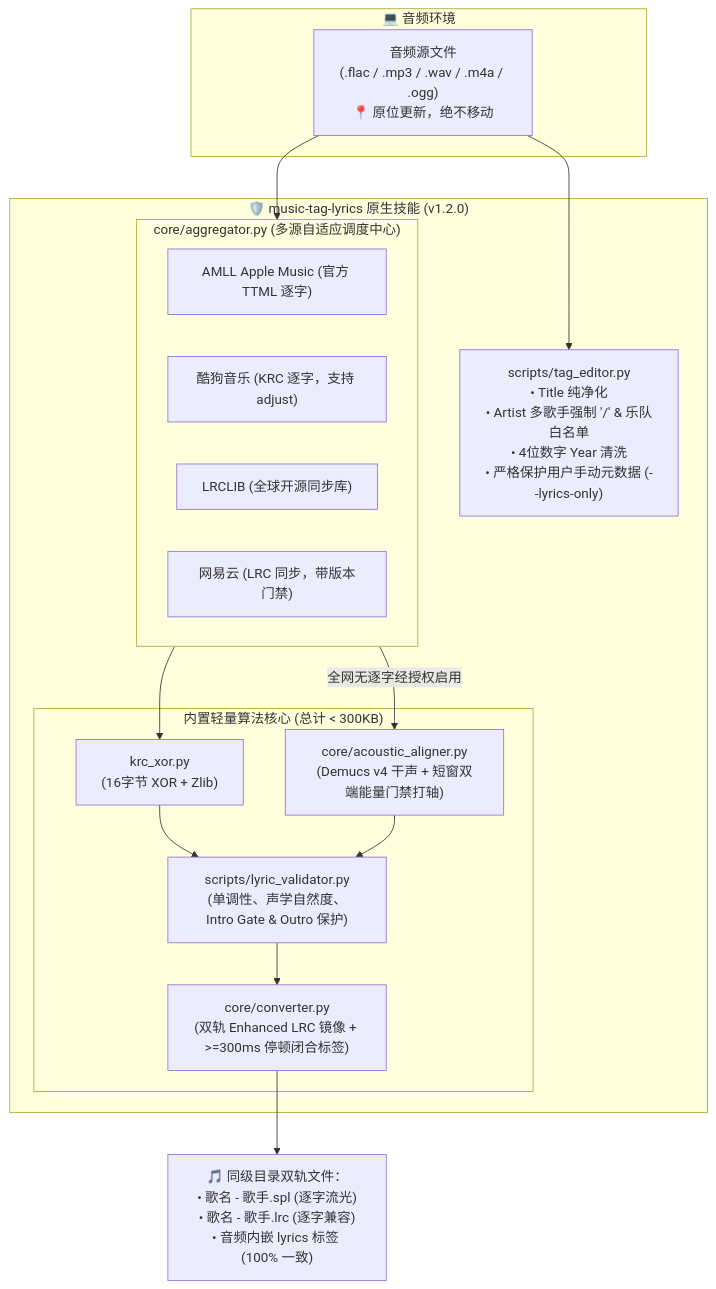
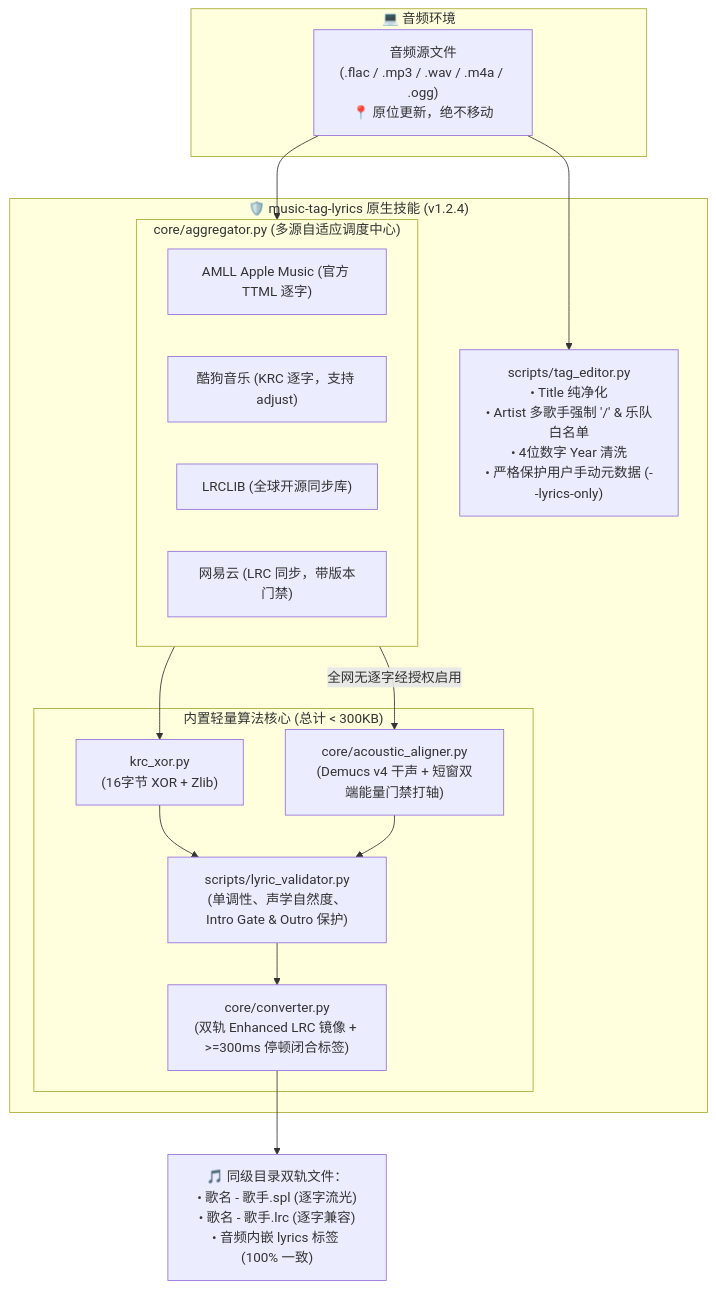
One commit to sxsxhhi/music-tag-lyrics changed the first of 2 diagrams in README.md. Above: the diagram before and after it, drawn with Mermaid. The commit also changed other lines of this file and 9 other files, not shown here.

````diff
--- a/README.md
+++ b/README.md
@@ -60,33 +60,33 @@
 ```mermaid
 flowchart TD
     subgraph HostEnv["💻 音频环境"]
         AudioFile["音频源文件<br/>(.flac / .mp3 / .wav / .m4a / .ogg)<br/>📍 原位更新，绝不移动"]
     end
 
-    subgraph NativeSkill["🛡️ music-tag-lyrics 原生技能 (v1.2.0)"]
+    subgraph NativeSkill["🛡️ music-tag-lyrics 原生技能 (v1.2.4)"]
         TagEditor["scripts/tag_editor.py<br/>• Title 纯净化<br/>• Artist 多歌手强制 '/' & 乐队白名单<br/>• 4位数字 Year 清洗<br/>• 严格保护用户手动元数据 (--lyrics-only)"]
         
         subgraph Aggregator["core/aggregator.py (多源自适应调度中心)"]
             F_AMLL["AMLL Apple Music (官方 TTML 逐字)"]
             F_KG["酷狗音乐 (KRC 逐字，支持 adjust)"]
             F_LRC["LRCLIB (全球开源同步库)"]
             F_NE["网易云 (LRC 同步，带版本门禁)"]
         end
 
         subgraph CoreEngine["内置轻量算法核心 (总计 < 300KB)"]
             D_XOR["krc_xor.py<br/>(16字节 XOR + Zlib)"]
             Acoustic["core/acoustic_aligner.py<br/>(Demucs v4 干声 + 短窗双端能量门禁打轴)"]
             Validator["scripts/lyric_validator.py<br/>(单调性、声学自然度、Intro Gate & Outro 保护)"]
             Converter["core/converter.py<br/>(双轨 Enhanced LRC 镜像 + >=300ms 停顿闭合标签)"]
         end
     end
 
     AudioFile --> TagEditor
     AudioFile --> Aggregator
     Aggregator --> D_XOR
     Aggregator -->|全网无逐字经授权启用| Acoustic
     D_XOR --> Validator
     Acoustic --> Validator
     Validator --> Converter
     Converter --> OutputFiles["🎵 同级目录双轨文件：<br/>• 歌名 - 歌手.spl (逐字流光)<br/>• 歌名 - 歌手.lrc (逐字兼容)<br/>• 音频内嵌 lyrics 标签 (100% 一致)"]
 ```
````
